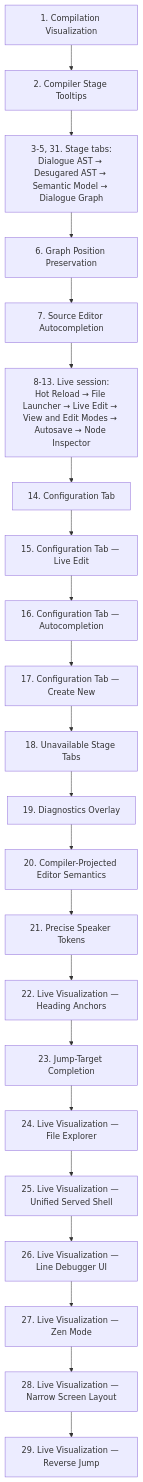
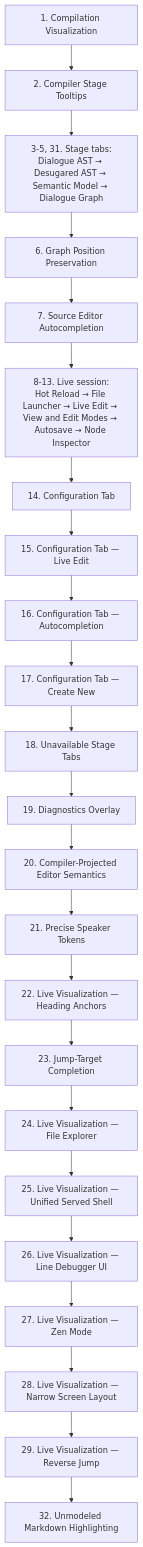
One commit to pengzhengyi/dialoguedown changed the third of 3 diagrams in docs/contributing/design-notes/README.md. Above: the diagram before and after it, drawn with Mermaid. The commit also changed other lines of this file and 17 other files, not shown here.

````diff
--- a/docs/contributing/design-notes/README.md
+++ b/docs/contributing/design-notes/README.md
@@ -137,24 +137,25 @@
 ```mermaid
 flowchart TB
     CV["1. Compilation Visualization"] --> TT["2. Compiler Stage Tooltips"]
     TT --> TABS["3-5, 31. Stage tabs:<br/>Dialogue AST → Desugared AST → Semantic Model → Dialogue Graph"]
     TABS --> GX["6. Graph Position Preservation"]
     GX --> AC["7. Source Editor Autocompletion"]
     AC --> LIVE["8-13. Live session:<br/>Hot Reload → File Launcher → Live Edit → View and Edit Modes → Autosave → Node Inspector"]
     LIVE --> CFG["14. Configuration Tab"]
     CFG --> CFGLE["15. Configuration Tab — Live Edit"]
     CFGLE --> CFGAC["16. Configuration Tab — Autocompletion"]
     CFGAC --> CFGCN["17. Configuration Tab — Create New"]
     CFGCN --> UST["18. Unavailable Stage Tabs"]
     UST --> DGO["19. Diagnostics Overlay"]
     DGO --> CPE["20. Compiler-Projected Editor Semantics"]
     CPE --> PST["21. Precise Speaker Tokens"]
     PST --> HA["22. Live Visualization — Heading Anchors"]
     HA --> JTC["23. Jump-Target Completion"]
     JTC --> FE["24. Live Visualization — File Explorer"]
     FE --> USS["25. Live Visualization — Unified Served Shell"]
     USS --> LDU["26. Live Visualization — Line Debugger UI"]
     LDU --> ZEN["27. Live Visualization — Zen Mode"]
     ZEN --> NSL["28. Live Visualization — Narrow Screen Layout"]
     NSL --> RJ["29. Live Visualization — Reverse Jump"]
+    RJ --> UMH["32. Unmodeled Markdown Highlighting"]
 ```
````
